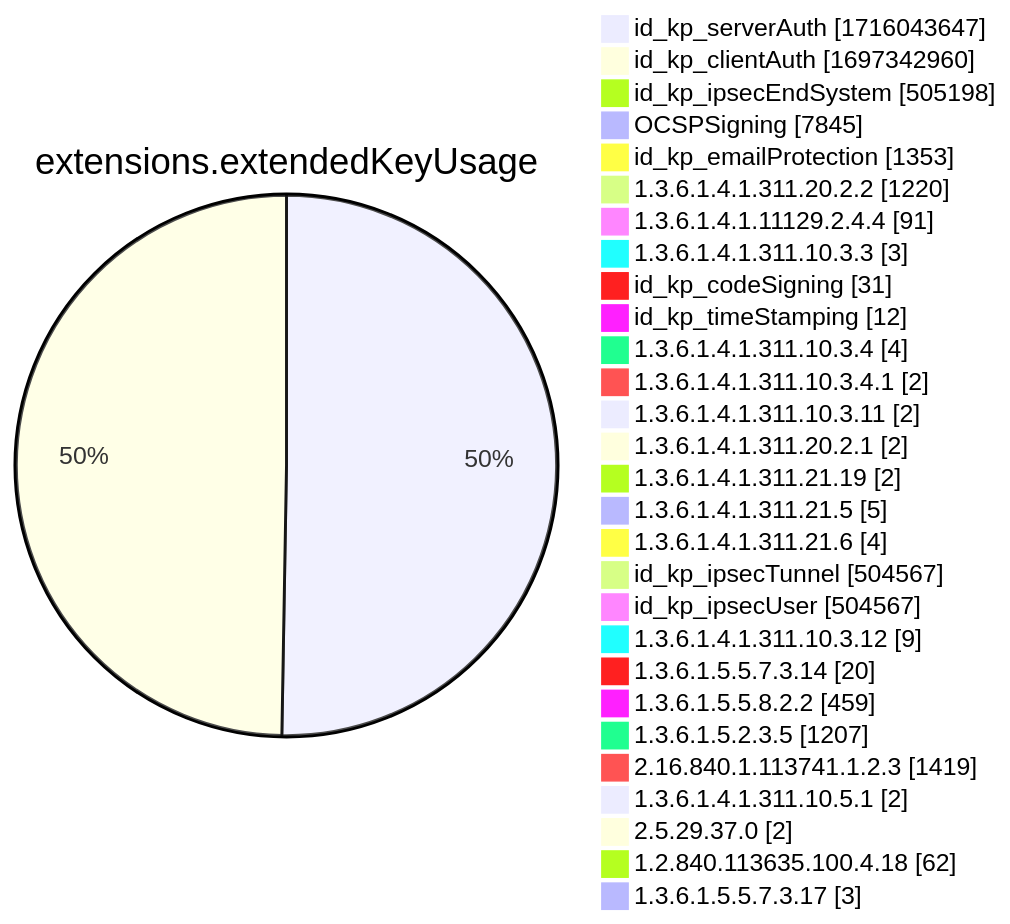
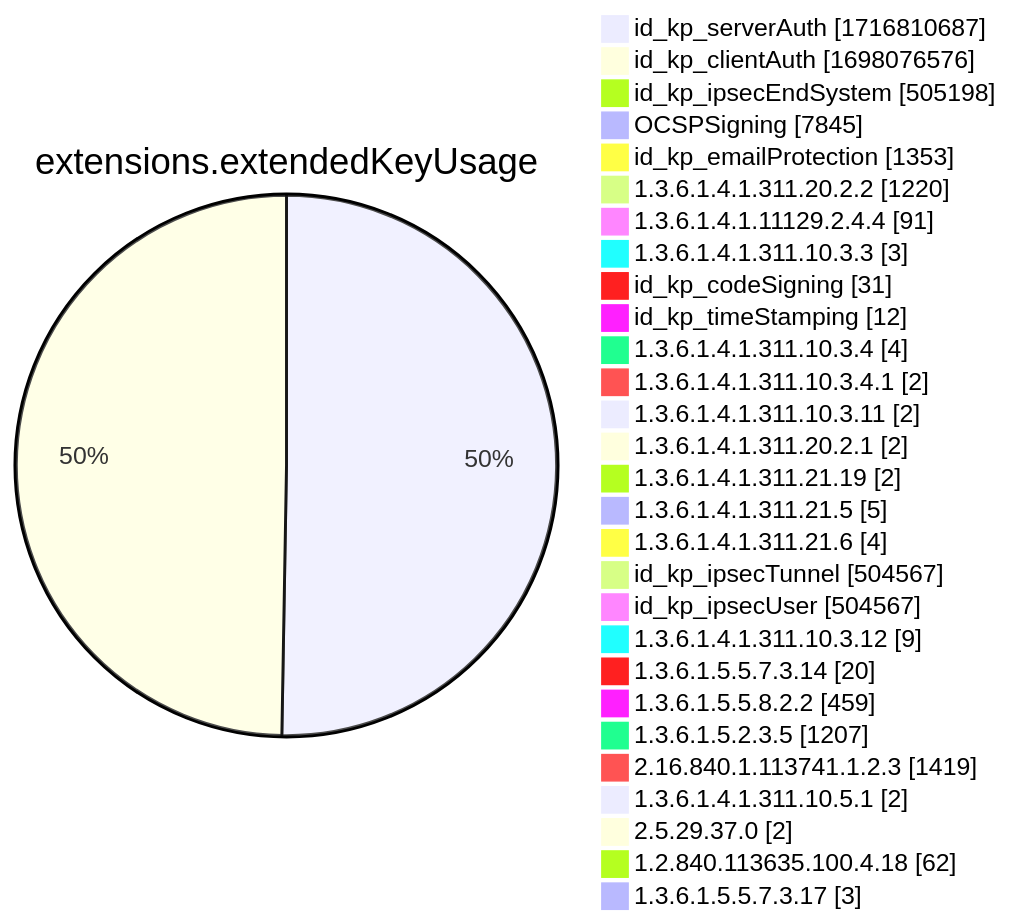
One commit to christiankrug/ctmonitor_visualization changed diagram 12 of 15 in xenon2022/README.md. Above: the diagram before and after it, drawn with Mermaid. The commit also changed other lines of this file, not shown here.

````diff
--- a/xenon2022/README.md
+++ b/xenon2022/README.md
@@ -3888,32 +3888,32 @@
 ```mermaid
 pie showData
 title extensions.extendedKeyUsage
-"id_kp_serverAuth" :1716043647
-"id_kp_clientAuth" :1697342960
+"id_kp_serverAuth" :1716810687
+"id_kp_clientAuth" :1698076576
 "id_kp_ipsecEndSystem" :505198
 "OCSPSigning" :7845
 "id_kp_emailProtection" :1353
 "1.3.6.1.4.1.311.20.2.2" :1220
 "1.3.6.1.4.1.11129.2.4.4" :91
 "1.3.6.1.4.1.311.10.3.3" :3
 "id_kp_codeSigning" :31
 "id_kp_timeStamping" :12
 "1.3.6.1.4.1.311.10.3.4" :4
 "1.3.6.1.4.1.311.10.3.4.1" :2
 "1.3.6.1.4.1.311.10.3.11" :2
 "1.3.6.1.4.1.311.20.2.1" :2
 "1.3.6.1.4.1.311.21.19" :2
 "1.3.6.1.4.1.311.21.5" :5
 "1.3.6.1.4.1.311.21.6" :4
 "id_kp_ipsecTunnel" :504567
 "id_kp_ipsecUser" :504567
 "1.3.6.1.4.1.311.10.3.12" :9
 "1.3.6.1.5.5.7.3.14" :20
 "1.3.6.1.5.5.8.2.2" :459
 "1.3.6.1.5.2.3.5" :1207
 "2.16.840.1.113741.1.2.3" :1419
 "1.3.6.1.4.1.311.10.5.1" :2
 "2.5.29.37.0" :2
 "1.2.840.113635.100.4.18" :62
 "1.3.6.1.5.5.7.3.17" :3
 ```
````
